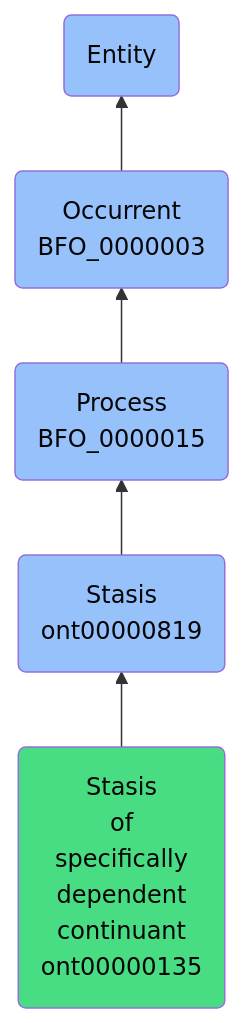
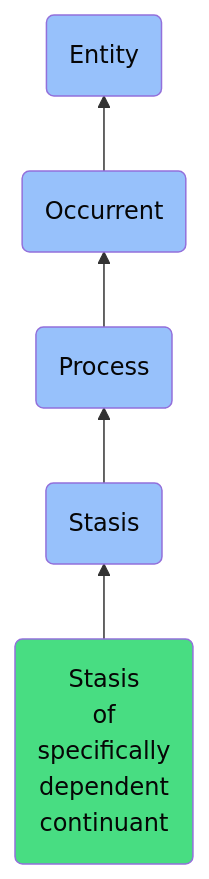
The diagram in docs/ontology/reference/model/Entity/Occurrent/Process/Stasis/Stasis of specifically dependent continuant/Stasis of specifically dependent continuant.md (jupyter-naas/abi), drawn with Mermaid before and after one commit. The commit also changed other lines of this file and 1430 other files, not shown here.

````diff
--- a/docs/ontology/reference/model/Entity/Occurrent/Process/Stasis/Stasis of specifically dependent continuant/Stasis of specifically dependent continuant.md
+++ b/docs/ontology/reference/model/Entity/Occurrent/Process/Stasis/Stasis of specifically dependent continuant/Stasis of specifically dependent continuant.md
@@ -24,12 +24,12 @@
 ```mermaid
 graph BT
-    ont00000135(Stasis<br>of<br>specifically<br>dependent<br>continuant<br>ont00000135):::ABI-->ont00000819
-    ont00000819(Stasis<br>ont00000819):::BFO-->BFO_0000015
-    BFO_0000015(Process<br>BFO_0000015):::BFO-->BFO_0000003
-    BFO_0000003(Occurrent<br>BFO_0000003):::BFO-->BFO_0000001
+    ont00000135(Stasis<br>of<br>specifically<br>dependent<br>continuant):::ABI-->ont00000819
+    ont00000819(Stasis):::BFO-->BFO_0000015
+    BFO_0000015(Process):::BFO-->BFO_0000003
+    BFO_0000003(Occurrent):::BFO-->BFO_0000001
     BFO_0000001(Entity):::BFO
     
     classDef BFO fill:#97c1fb,color:#060606
     classDef CCO fill:#e4c51e,color:#060606
     classDef ABI fill:#48DD82,color:#060606
 ```
````
